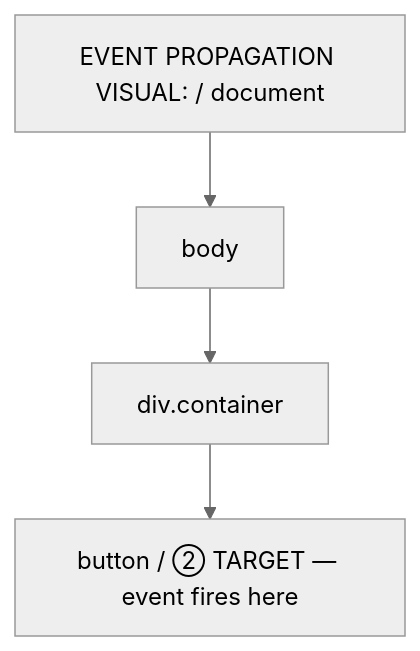
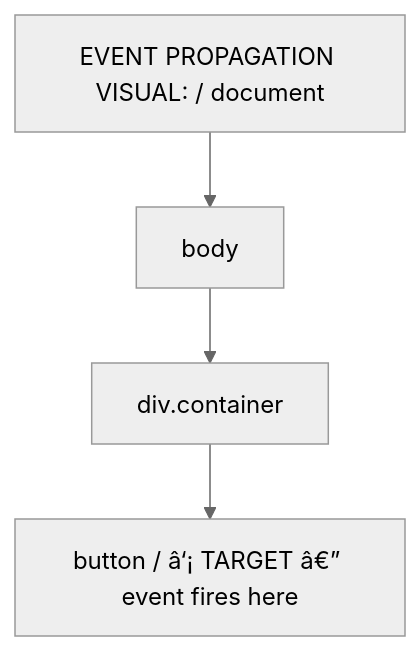
The fourth of 8 diagrams in 16_JavaScript/05_JS_DOM_BrowserAPIs.md (SaiHarsha502vvit/Daily-Prep), drawn with Mermaid (neutral theme) before and after one commit. The commit also changed other lines of this file and 256 other files, not shown here.

````diff
--- a/16_JavaScript/05_JS_DOM_BrowserAPIs.md
+++ b/16_JavaScript/05_JS_DOM_BrowserAPIs.md
@@ -372,10 +372,10 @@
 ```mermaid
 flowchart TD
     N1["EVENT PROPAGATION VISUAL: / document"]
     N2["body"]
     N3["div.container"]
-    N4["button / ② TARGET — event fires here"]
+    N4["button / â‘¡ TARGET â€” event fires here"]
     N1 --> N2
     N2 --> N3
     N3 --> N4
 ```
````
